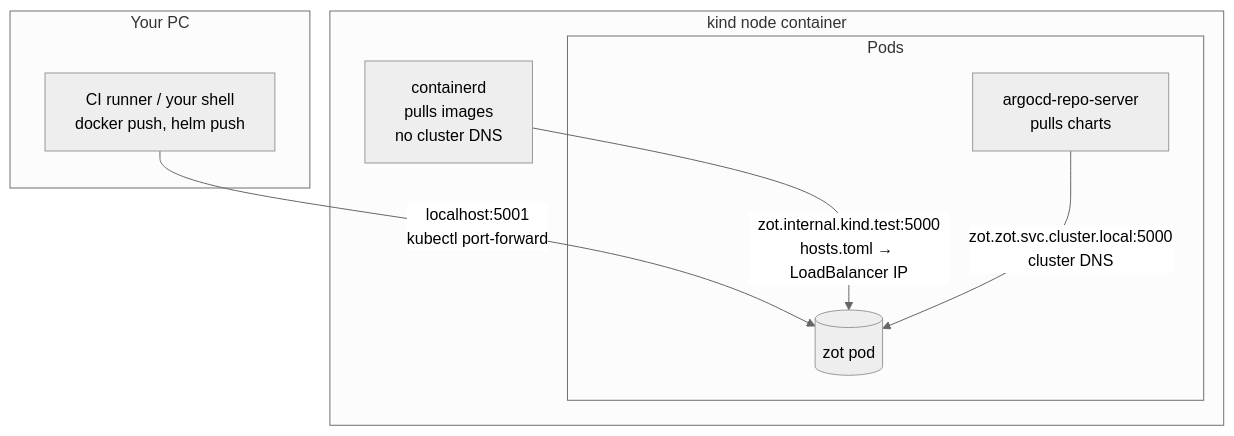
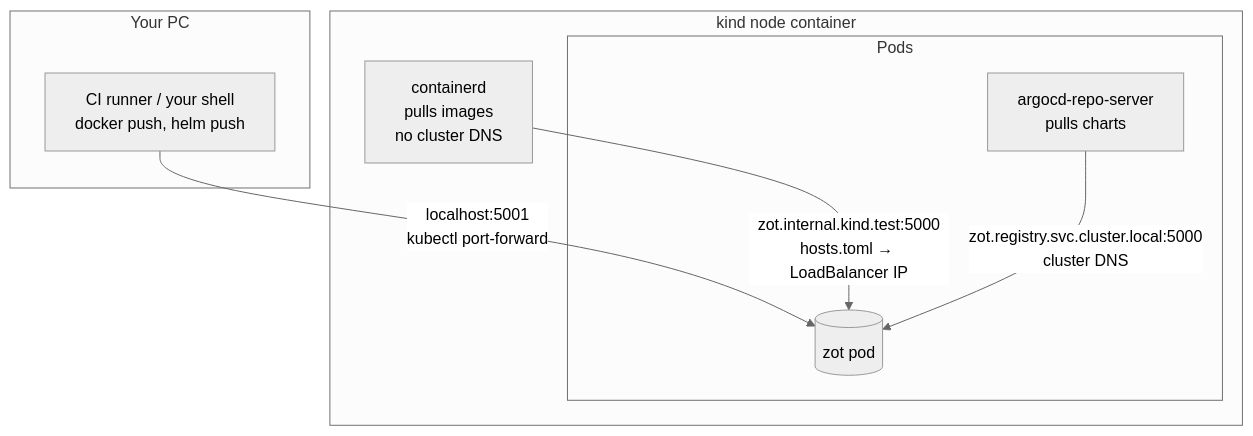
One commit to Tsuweiquan/WQ-Learn-Book changed the fourth of 4 diagrams in content/ci-cd/argocd-gitops.mdx. Above: the diagram before and after it, drawn with Mermaid (neutral theme). The commit also changed other lines of this file, not shown here.

````diff
--- a/content/ci-cd/argocd-gitops.mdx
+++ b/content/ci-cd/argocd-gitops.mdx
@@ -231,16 +231,16 @@
 ```mermaid
 flowchart TB
   subgraph host[Your PC]
     ci[CI runner / your shell<br/>docker push, helm push]
   end
   subgraph kind[kind node container]
     ctd[containerd<br/>pulls images<br/>no cluster DNS]
     subgraph pods[Pods]
       repo[argocd-repo-server<br/>pulls charts]
       zot[(zot pod)]
     end
   end
   ci -->|localhost:5001<br/>kubectl port-forward| zot
   ctd -->|zot.internal.kind.test:5000<br/>hosts.toml → LoadBalancer IP| zot
-  repo -->|zot.zot.svc.cluster.local:5000<br/>cluster DNS| zot
+  repo -->|zot.registry.svc.cluster.local:5000<br/>cluster DNS| zot
 ```
````
